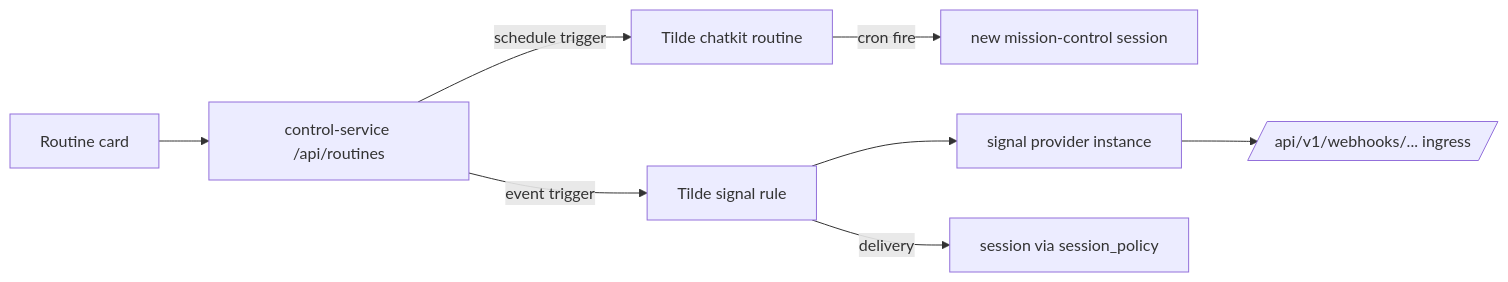
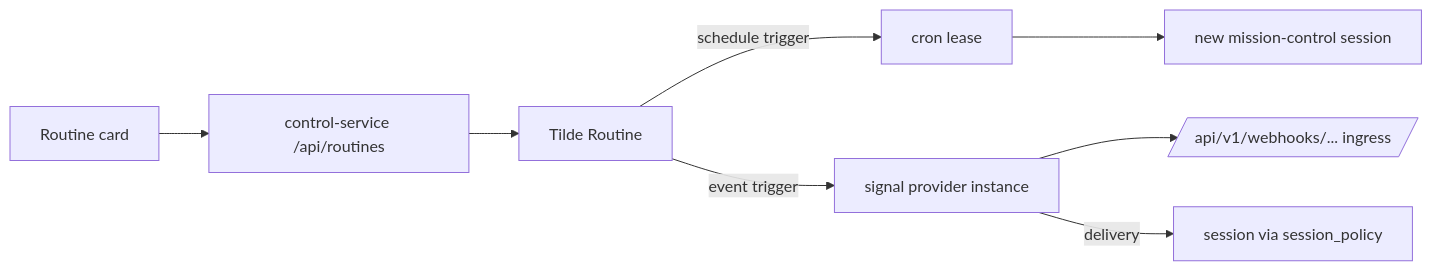
The diagram in docs/adrs/0031-routines-and-signals.md (trytilde/dispatch), drawn with Mermaid before and after one commit. The commit also changed other lines of this file and 14 other files, not shown here.

````diff
--- a/docs/adrs/0031-routines-and-signals.md
+++ b/docs/adrs/0031-routines-and-signals.md
@@ -32,10 +26,10 @@
 ```mermaid
 flowchart LR
     UI[Routine card] --> CS[control-service /api/routines]
-    CS -->|schedule trigger| R[Tilde chatkit routine]
-    CS -->|event trigger| SR[Tilde signal rule]
-    SR --> SPI[signal provider instance]
+    CS --> R[Tilde Routine]
+    R -->|schedule trigger| CR[cron lease]
+    R -->|event trigger| SPI[signal provider instance]
     SPI --> WH[/api/v1/webhooks/... ingress/]
-    R -->|cron fire| S1[new mission-control session]
-    SR -->|delivery| S2[session via session_policy]
+    CR --> S1[new mission-control session]
+    SPI -->|delivery| S2[session via session_policy]
 ```
````
